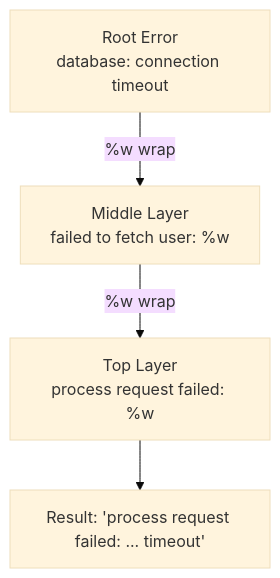
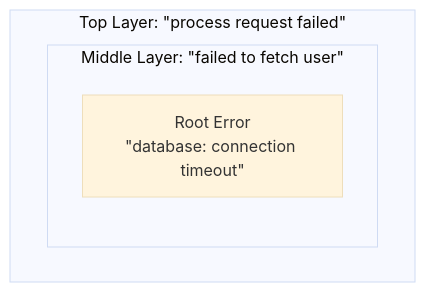
Before and after one commit to romangurevitch/GoTraining: the diagram in internal/basics/err/README.md, drawn with Mermaid (base theme). The commit also changed other lines of this file, not shown here.

Commit message:
feat: rework visual representation of wrapped errors

````diff
--- a/internal/basics/err/README.md
+++ b/internal/basics/err/README.md
@@ -17,8 +17,8 @@
 ```mermaid
-flowchart TD
-    A["Root Error\ndatabase: connection timeout"]
-    B["Middle Layer\nfailed to fetch user: %w"]
-    C["Top Layer\nprocess request failed: %w"]
-    R["Result: 'process request failed: ... timeout'"]
-    A --"%w wrap"--> B --"%w wrap"--> C --> R
+flowchart TB
+    subgraph top["Top Layer: &quot;process request failed&quot;"]
+        subgraph mid["Middle Layer: &quot;failed to fetch user&quot;"]
+            root["Root Error\n&quot;database: connection timeout&quot;"]
+        end
+    end
 ```
````
